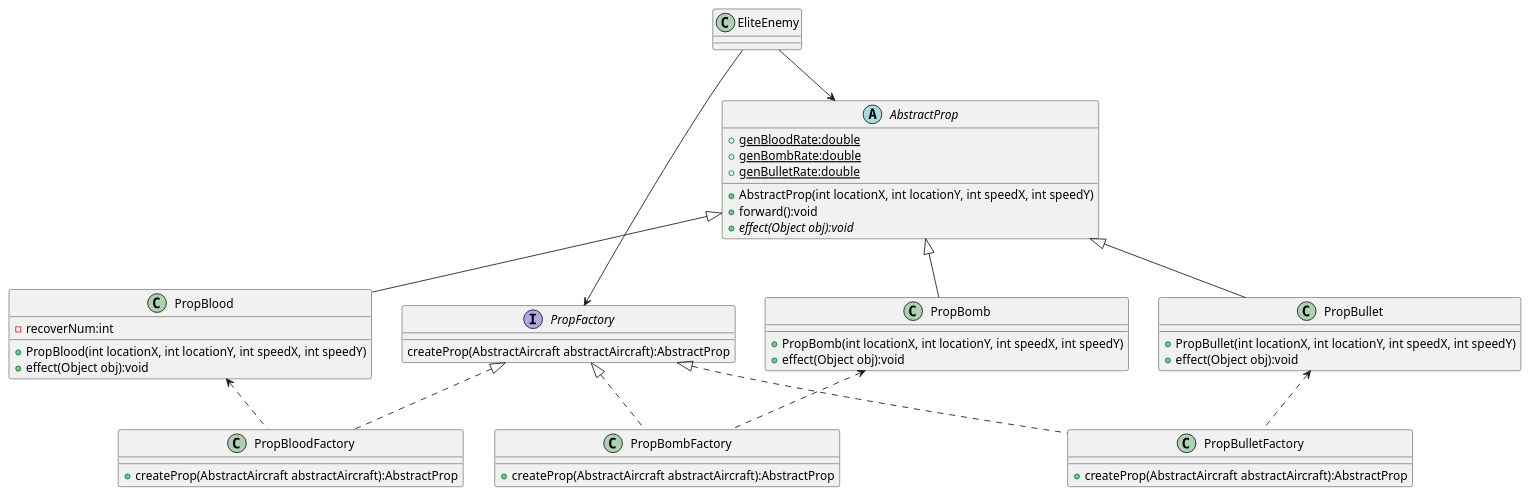
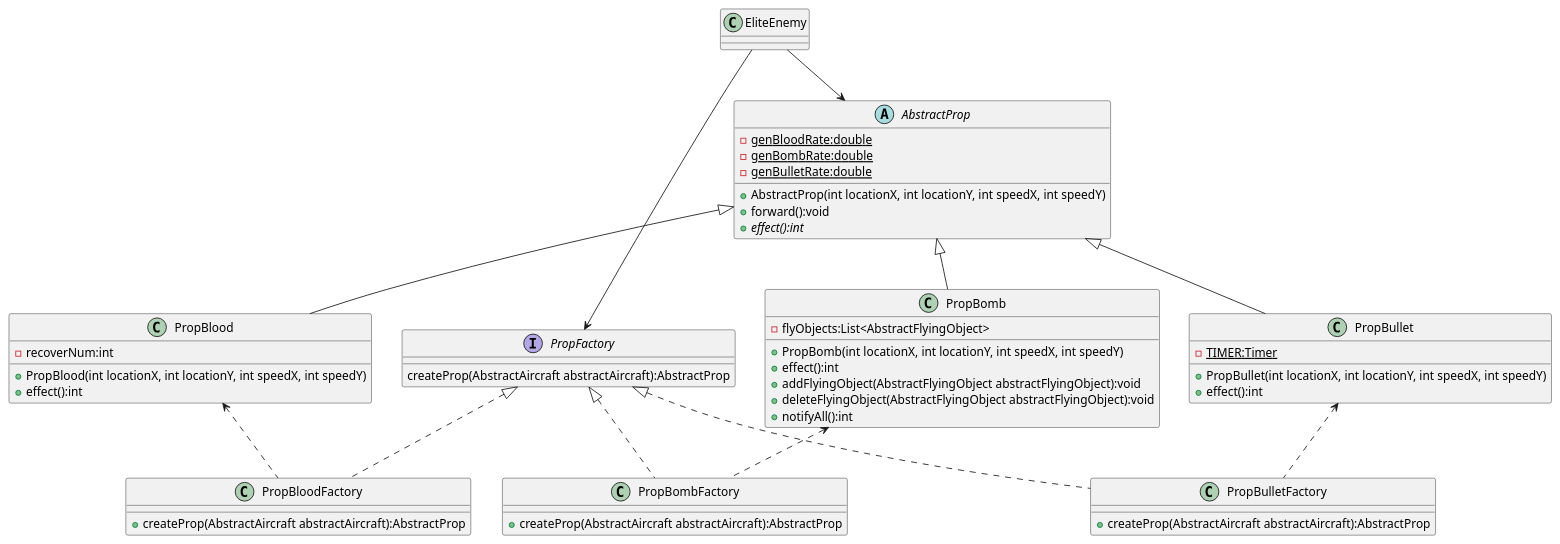
One commit to ChrisGuiHK/AircraftWar-base changed the diagram in uml/PropFactory.puml. Above: the diagram before and after it, drawn with PlantUML. The commit also changed 52 other files, not shown here.

Commit message:
work6-uml

```diff
--- a/uml/PropFactory.puml
+++ b/uml/PropFactory.puml
@@ -1,64 +1,72 @@
 @startuml
 'https://plantuml.com/class-diagram
 
 class EliteEnemy{}
 
 EliteEnemy --> AbstractProp
 EliteEnemy --> PropFactory
 
-abstract class AbstractProp
-{
-    + {static}genBloodRate:double
-    + {static}genBombRate:double
-    + {static}genBulletRate:double
+abstract class AbstractProp{
+    - {static} genBloodRate:double
+    - {static} genBombRate:double
+    - {static} genBulletRate:double
+
     + AbstractProp(int locationX, int locationY, int speedX, int speedY)
     + forward():void
-    + {abstract} effect(Object obj):void
+    + {abstract} effect():int
 }
 
 interface PropFactory
 {
     createProp(AbstractAircraft abstractAircraft):AbstractProp
 }
 
 AbstractProp <|-- PropBlood
 AbstractProp <|-- PropBomb
 AbstractProp <|-- PropBullet
 
 PropFactory <|.. PropBloodFactory
 PropFactory <|.. PropBombFactory
 PropFactory <|.. PropBulletFactory
 
 PropBlood <.. PropBloodFactory
 PropBomb <.. PropBombFactory
 PropBullet <.. PropBulletFactory
 
-class PropBlood {
+class PropBlood{
     - recoverNum:int
+
     + PropBlood(int locationX, int locationY, int speedX, int speedY)
-    + effect(Object obj):void
+    + effect():int
 }
 
-class PropBomb {
+class PropBomb{
+    - flyObjects:List<AbstractFlyingObject>
+
     + PropBomb(int locationX, int locationY, int speedX, int speedY)
-    + effect(Object obj):void
+    + effect():int
+    + addFlyingObject(AbstractFlyingObject abstractFlyingObject):void
+    + deleteFlyingObject(AbstractFlyingObject abstractFlyingObject):void
+    + notifyAll():int
 }
 
-class PropBullet {
+class PropBullet{
+    - {static} TIMER:Timer
+
     + PropBullet(int locationX, int locationY, int speedX, int speedY)
-    + effect(Object obj):void
+    + effect():int
 }
 
 class PropBloodFactory {
     + createProp(AbstractAircraft abstractAircraft):AbstractProp
 }
 
 class PropBombFactory {
     + createProp(AbstractAircraft abstractAircraft):AbstractProp
 }
 
 class PropBulletFactory {
     + createProp(AbstractAircraft abstractAircraft):AbstractProp
 }
 
 @enduml
```
